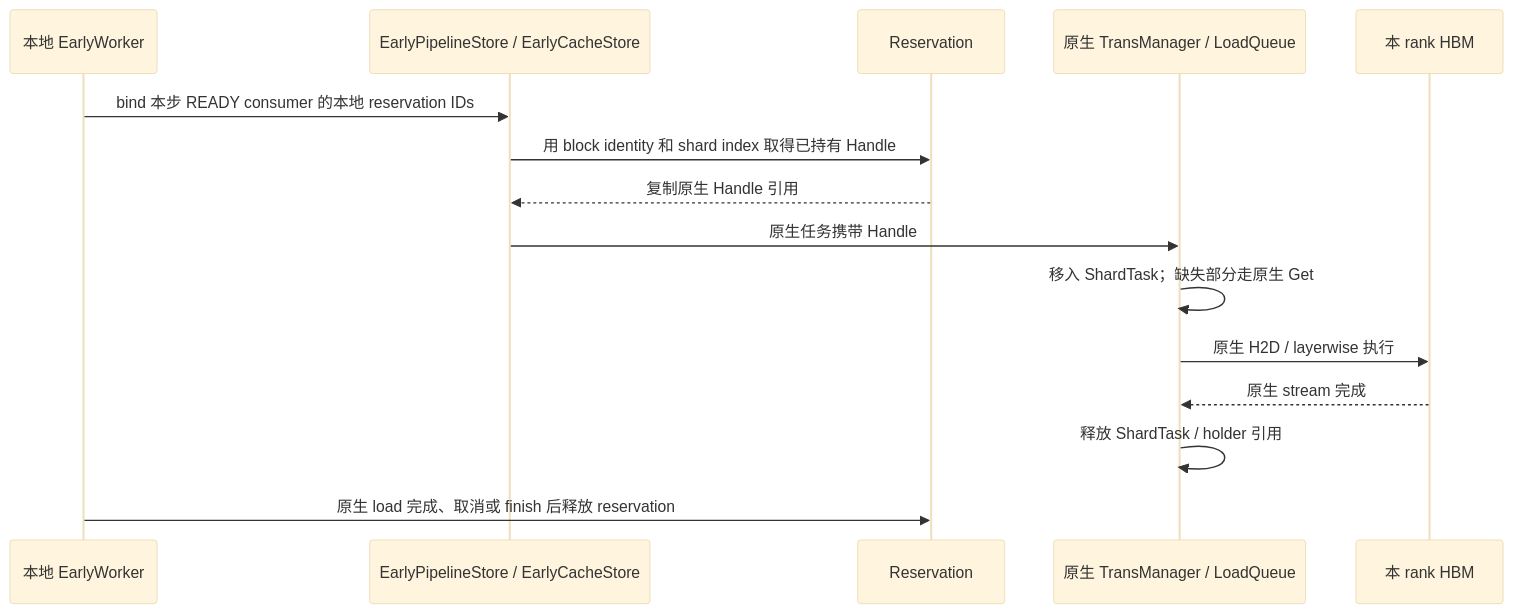
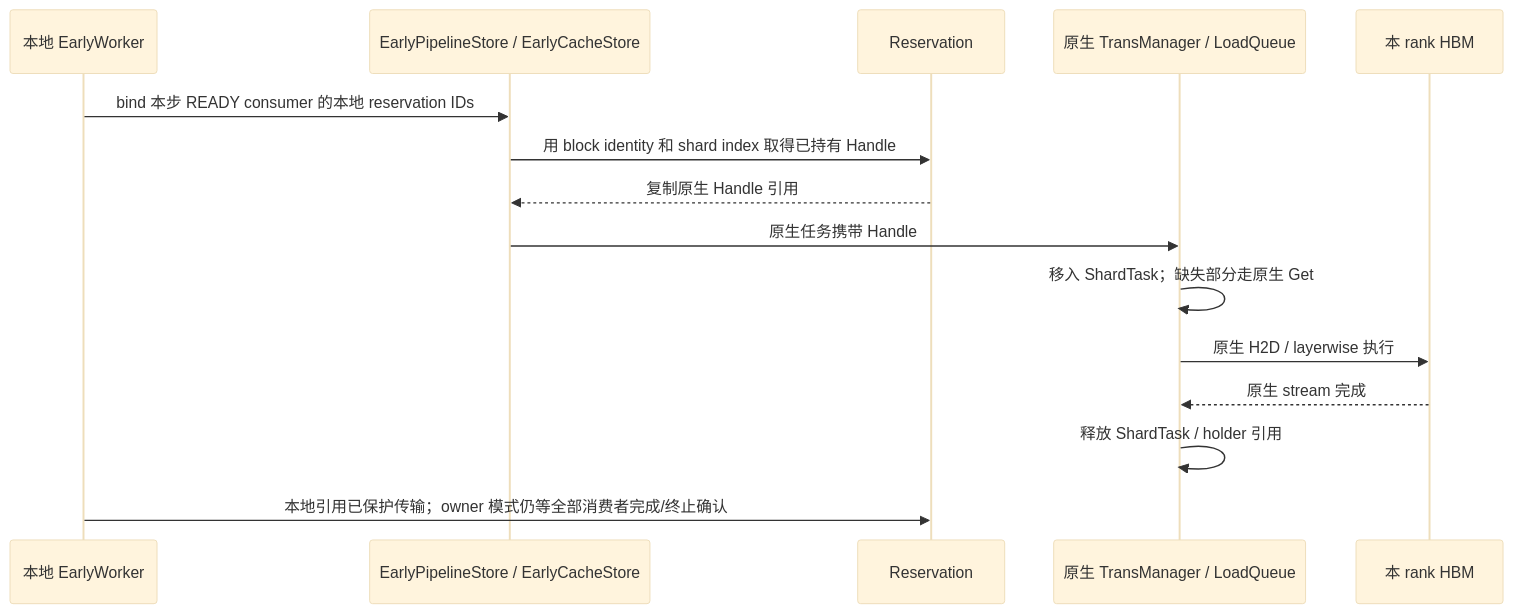
The second of 3 diagrams in docs/EARLY_PREFETCH_DESIGN.md (StorTecDev/ucm-prefetch), drawn with Mermaid (base theme) before and after one commit. The commit also changed other lines of this file and 1 other file, not shown here.

Commit message:
Document owner handshake, completion-scoped protection and recovery boundaries

````diff
--- a/docs/EARLY_PREFETCH_DESIGN.md
+++ b/docs/EARLY_PREFETCH_DESIGN.md
@@ -144,17 +144,17 @@
 ```mermaid
 sequenceDiagram
     participant W as 本地 EarlyWorker
     participant E as EarlyPipelineStore / EarlyCacheStore
     participant R as Reservation
     participant Q as 原生 TransManager / LoadQueue
     participant H as 本 rank HBM
     W->>E: bind 本步 READY consumer 的本地 reservation IDs
     E->>R: 用 block identity 和 shard index 取得已持有 Handle
     R-->>E: 复制原生 Handle 引用
     E->>Q: 原生任务携带 Handle
     Q->>Q: 移入 ShardTask；缺失部分走原生 Get
     Q->>H: 原生 H2D / layerwise 执行
     H-->>Q: 原生 stream 完成
     Q->>Q: 释放 ShardTask / holder 引用
-    W->>R: 原生 load 完成、取消或 finish 后释放 reservation
+    W->>R: 本地引用已保护传输；owner 模式仍等全部消费者完成/终止确认
 ```
````
